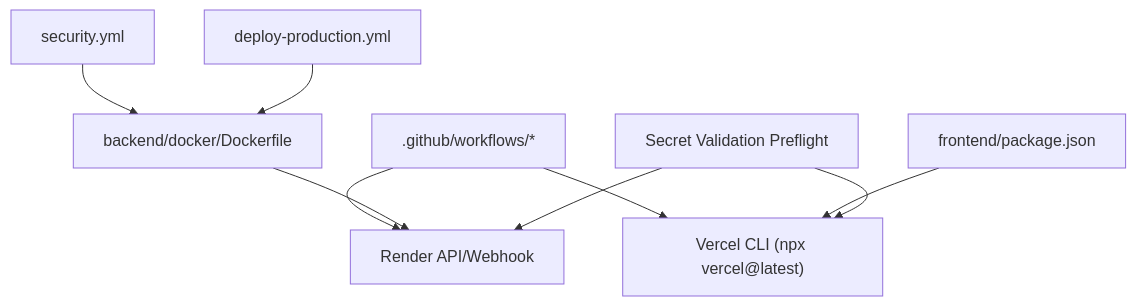
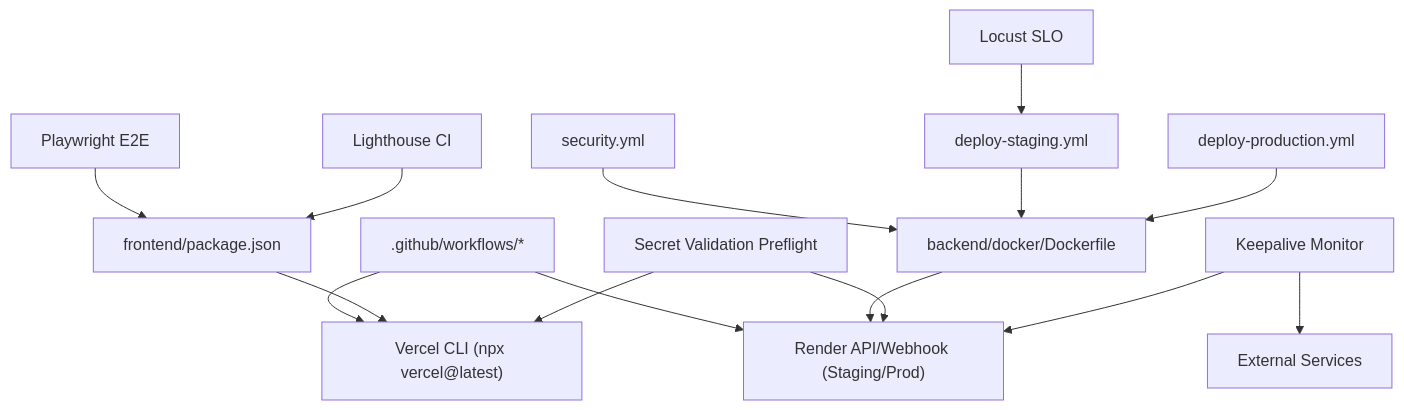
The ninth of 9 diagrams in .qoder/repowiki/en/content/Deployment & Operations/CI_CD Pipeline.md (rohitkumarnaidu/-Auto-AI-Automated-Academic-Docx-Manuscript-Formatter), drawn with Mermaid before and after one commit. The commit also changed other lines of this file and 6 other files, not shown here.

````diff
--- a/.qoder/repowiki/en/content/Deployment & Operations/CI_CD Pipeline.md
+++ b/.qoder/repowiki/en/content/Deployment & Operations/CI_CD Pipeline.md
@@ -346,11 +533,17 @@
 ```mermaid
 graph TB
-GH[".github/workflows/*"] --> RND["Render API/Webhook"]
+GH[".github/workflows/*"] --> RND["Render API/Webhook (Staging/Prod)"]
 GH --> VCD["Vercel CLI (npx vercel@latest)"]
 SEC["security.yml"] --> IMG["backend/docker/Dockerfile"]
+DS["deploy-staging.yml"] --> IMG
 DP["deploy-production.yml"] --> IMG
 IMG --> RND
 FE_PKG["frontend/package.json"] --> VCD
 PREF["Secret Validation Preflight"] --> RND
 PREF --> VCD
+PW["Playwright E2E"] --> FE_PKG
+LHCI["Lighthouse CI"] --> FE_PKG
+LOCUST["Locust SLO"] --> DS
+KAMON["Keepalive Monitor"] --> RND
+KAMON --> EXTSVC["External Services"]
 ```
````
